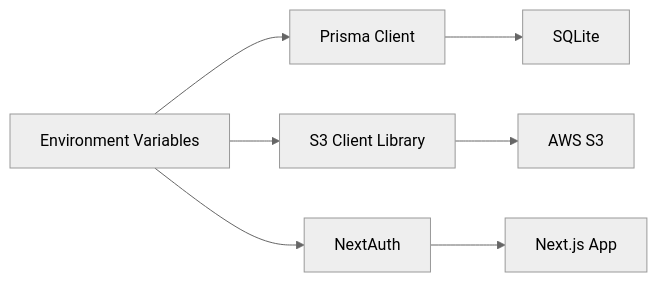
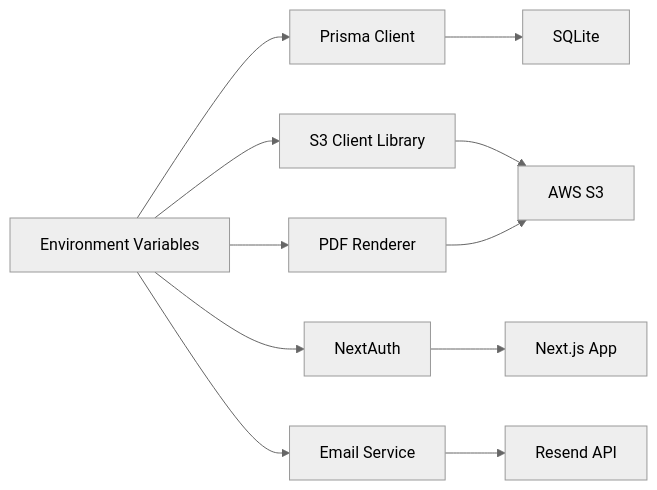
One commit to Crowdspender/titchybooks-app changed the eighth of 8 diagrams in .qoder/repowiki/en/content/Configuration & Environment/Environment Variables & Secrets.md. Above: the diagram before and after it, drawn with Mermaid (neutral theme). The commit also changed other lines of this file and 74 other files, not shown here.

````diff
--- a/.qoder/repowiki/en/content/Configuration & Environment/Environment Variables & Secrets.md
+++ b/.qoder/repowiki/en/content/Configuration & Environment/Environment Variables & Secrets.md
@@ -257,9 +394,13 @@
 ```mermaid
 graph LR
 ENV["Environment Variables"] --> PRISMA["Prisma Client"]
 ENV --> S3LIB["S3 Client Library"]
 ENV --> NEXTAUTH["NextAuth"]
+ENV --> EMAIL["Email Service"]
+ENV --> PDF["PDF Renderer"]
 PRISMA --> DB["SQLite"]
 S3LIB --> S3["AWS S3"]
 NEXTAUTH --> APP["Next.js App"]
+EMAIL --> RESEND["Resend API"]
+PDF --> S3
 ```
````
